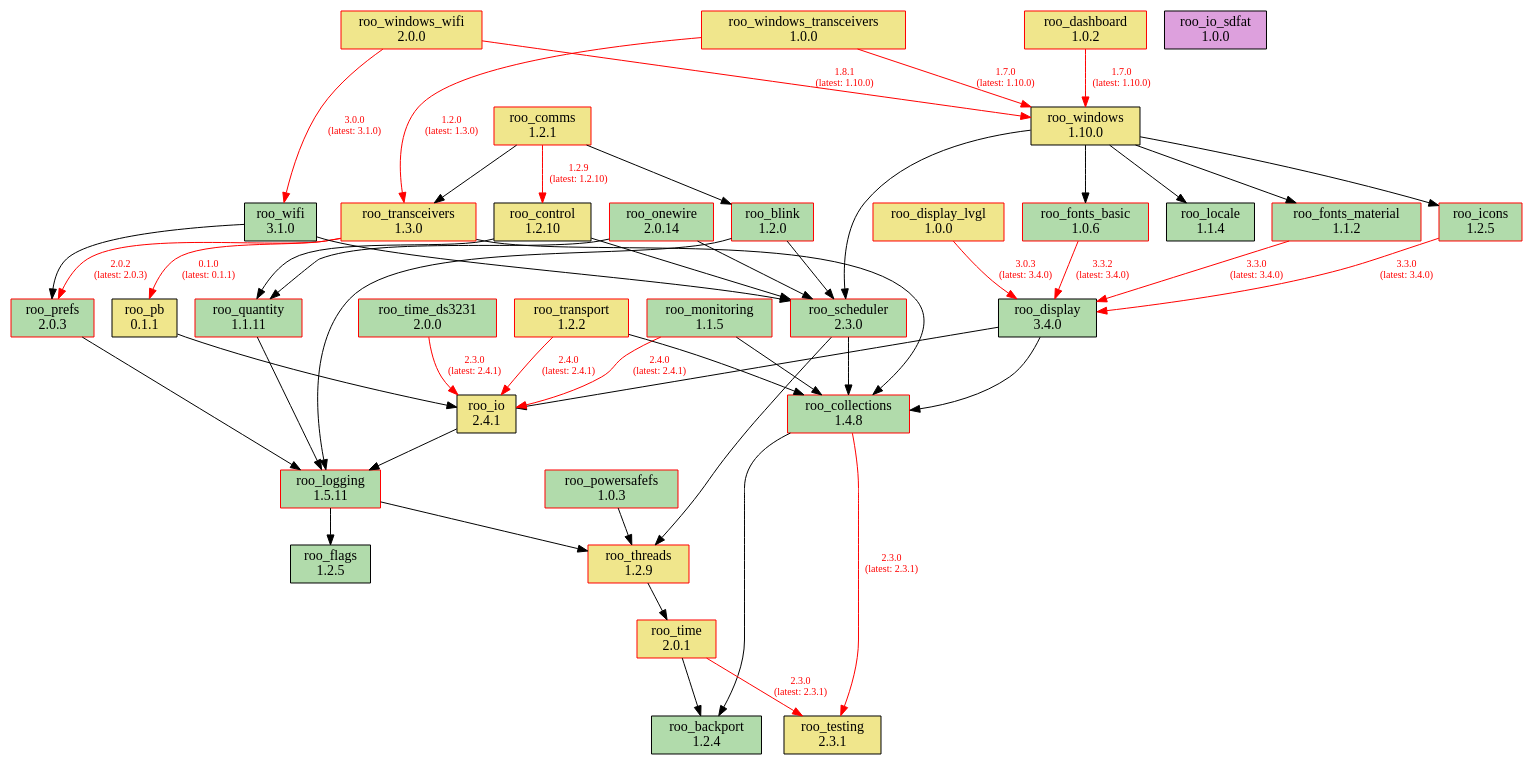
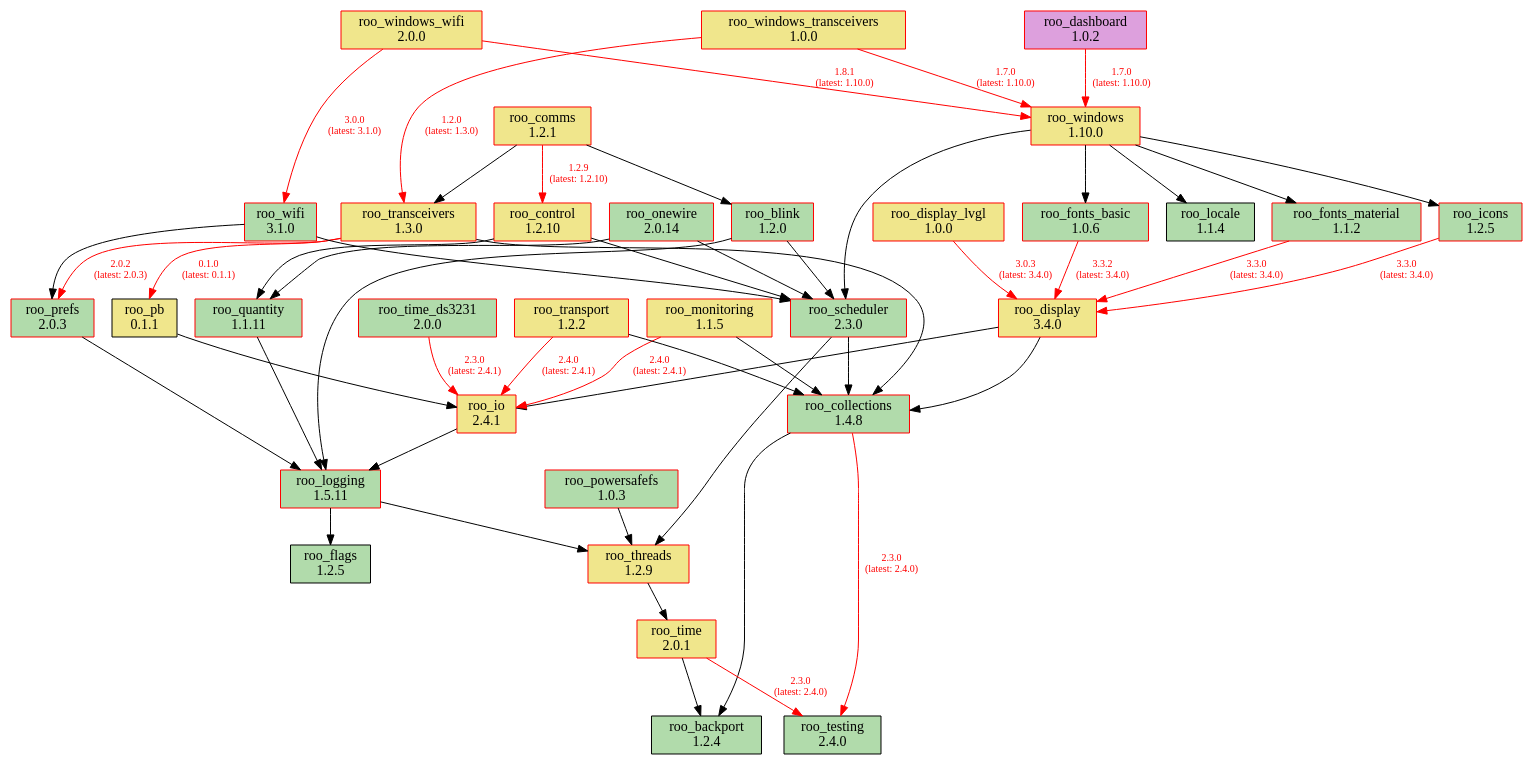
One commit to dejwk/roo-registry changed the diagram in doc/dependencies.dot. Above: the diagram before and after it, drawn with Graphviz. The commit also changed 3 other files, not shown here.

Commit message:
Added roo_testing 2.4.0 to the registry.

```diff
--- a/doc/dependencies.dot
+++ b/doc/dependencies.dot
@@ -1,91 +1,90 @@
 digraph dependencies {
     rankdir=TB;
     node [shape=box, style=filled];
     edge [fontsize=10];
 
     // Modules
     "roo_backport" [label="roo_backport\n1.2.4", fillcolor="#b1dbab", color="black"];
     "roo_blink" [label="roo_blink\n1.2.0", fillcolor="#b1dbab", color="red"];
     "roo_collections" [label="roo_collections\n1.4.8", fillcolor="#b1dbab", color="red"];
     "roo_comms" [label="roo_comms\n1.2.1", fillcolor="khaki", color="red"];
-    "roo_control" [label="roo_control\n1.2.10", fillcolor="khaki", color="black"];
-    "roo_dashboard" [label="roo_dashboard\n1.0.2", fillcolor="khaki", color="red"];
-    "roo_display" [label="roo_display\n3.4.0", fillcolor="#b1dbab", color="black"];
+    "roo_control" [label="roo_control\n1.2.10", fillcolor="khaki", color="red"];
+    "roo_dashboard" [label="roo_dashboard\n1.0.2", fillcolor="plum", color="red"];
+    "roo_display" [label="roo_display\n3.4.0", fillcolor="khaki", color="red"];
     "roo_display_lvgl" [label="roo_display_lvgl\n1.0.0", fillcolor="khaki", color="red"];
     "roo_flags" [label="roo_flags\n1.2.5", fillcolor="#b1dbab", color="black"];
     "roo_fonts_basic" [label="roo_fonts_basic\n1.0.6", fillcolor="#b1dbab", color="red"];
     "roo_fonts_material" [label="roo_fonts_material\n1.1.2", fillcolor="#b1dbab", color="red"];
     "roo_icons" [label="roo_icons\n1.2.5", fillcolor="#b1dbab", color="red"];
-    "roo_io" [label="roo_io\n2.4.1", fillcolor="khaki", color="black"];
-    "roo_io_sdfat" [label="roo_io_sdfat\n1.0.0", fillcolor="plum", color="black"];
+    "roo_io" [label="roo_io\n2.4.1", fillcolor="khaki", color="red"];
     "roo_locale" [label="roo_locale\n1.1.4", fillcolor="#b1dbab", color="black"];
     "roo_logging" [label="roo_logging\n1.5.11", fillcolor="#b1dbab", color="red"];
-    "roo_monitoring" [label="roo_monitoring\n1.1.5", fillcolor="#b1dbab", color="red"];
+    "roo_monitoring" [label="roo_monitoring\n1.1.5", fillcolor="khaki", color="red"];
     "roo_onewire" [label="roo_onewire\n2.0.14", fillcolor="#b1dbab", color="red"];
     "roo_pb" [label="roo_pb\n0.1.1", fillcolor="khaki", color="black"];
     "roo_powersafefs" [label="roo_powersafefs\n1.0.3", fillcolor="#b1dbab", color="red"];
     "roo_prefs" [label="roo_prefs\n2.0.3", fillcolor="#b1dbab", color="red"];
     "roo_quantity" [label="roo_quantity\n1.1.11", fillcolor="#b1dbab", color="red"];
     "roo_scheduler" [label="roo_scheduler\n2.3.0", fillcolor="#b1dbab", color="red"];
-    "roo_testing" [label="roo_testing\n2.3.1", fillcolor="khaki", color="black"];
+    "roo_testing" [label="roo_testing\n2.4.0", fillcolor="#b1dbab", color="black"];
     "roo_threads" [label="roo_threads\n1.2.9", fillcolor="khaki", color="red"];
     "roo_time" [label="roo_time\n2.0.1", fillcolor="khaki", color="red"];
     "roo_time_ds3231" [label="roo_time_ds3231\n2.0.0", fillcolor="#b1dbab", color="red"];
     "roo_transceivers" [label="roo_transceivers\n1.3.0", fillcolor="khaki", color="red"];
     "roo_transport" [label="roo_transport\n1.2.2", fillcolor="khaki", color="red"];
-    "roo_wifi" [label="roo_wifi\n3.1.0", fillcolor="#b1dbab", color="black"];
-    "roo_windows" [label="roo_windows\n1.10.0", fillcolor="khaki", color="black"];
+    "roo_wifi" [label="roo_wifi\n3.1.0", fillcolor="#b1dbab", color="red"];
+    "roo_windows" [label="roo_windows\n1.10.0", fillcolor="khaki", color="red"];
     "roo_windows_transceivers" [label="roo_windows_transceivers\n1.0.0", fillcolor="khaki", color="red"];
     "roo_windows_wifi" [label="roo_windows_wifi\n2.0.0", fillcolor="khaki", color="red"];
 
     // Dependencies
     "roo_blink" -> "roo_logging";
     "roo_blink" -> "roo_scheduler";
-    "roo_collections" -> "roo_testing" [color=red, fontcolor=red, label="2.3.0\n(latest: 2.3.1)"];
+    "roo_collections" -> "roo_testing" [color=red, fontcolor=red, label="2.3.0\n(latest: 2.4.0)"];
     "roo_collections" -> "roo_backport";
     "roo_comms" -> "roo_blink";
     "roo_comms" -> "roo_control" [color=red, fontcolor=red, label="1.2.9\n(latest: 1.2.10)"];
     "roo_comms" -> "roo_transceivers";
     "roo_control" -> "roo_quantity";
     "roo_control" -> "roo_scheduler";
     "roo_dashboard" -> "roo_windows" [color=red, fontcolor=red, label="1.7.0\n(latest: 1.10.0)"];
     "roo_display" -> "roo_collections";
     "roo_display" -> "roo_io";
     "roo_display_lvgl" -> "roo_display" [color=red, fontcolor=red, label="3.0.3\n(latest: 3.4.0)"];
     "roo_fonts_basic" -> "roo_display" [color=red, fontcolor=red, label="3.3.2\n(latest: 3.4.0)"];
     "roo_fonts_material" -> "roo_display" [color=red, fontcolor=red, label="3.3.0\n(latest: 3.4.0)"];
     "roo_icons" -> "roo_display" [color=red, fontcolor=red, label="3.3.0\n(latest: 3.4.0)"];
     "roo_io" -> "roo_logging";
     "roo_logging" -> "roo_flags";
     "roo_logging" -> "roo_threads";
     "roo_monitoring" -> "roo_collections";
     "roo_monitoring" -> "roo_io" [color=red, fontcolor=red, label="2.4.0\n(latest: 2.4.1)"];
     "roo_onewire" -> "roo_scheduler";
     "roo_onewire" -> "roo_quantity";
     "roo_pb" -> "roo_io";
     "roo_powersafefs" -> "roo_threads";
     "roo_prefs" -> "roo_logging";
     "roo_quantity" -> "roo_logging";
     "roo_scheduler" -> "roo_collections";
     "roo_scheduler" -> "roo_threads";
     "roo_threads" -> "roo_time";
-    "roo_time" -> "roo_testing" [color=red, fontcolor=red, label="2.3.0\n(latest: 2.3.1)"];
+    "roo_time" -> "roo_testing" [color=red, fontcolor=red, label="2.3.0\n(latest: 2.4.0)"];
     "roo_time" -> "roo_backport";
     "roo_time_ds3231" -> "roo_io" [color=red, fontcolor=red, label="2.3.0\n(latest: 2.4.1)"];
     "roo_transceivers" -> "roo_pb" [color=red, fontcolor=red, label="0.1.0\n(latest: 0.1.1)"];
     "roo_transceivers" -> "roo_collections";
     "roo_transceivers" -> "roo_prefs" [color=red, fontcolor=red, label="2.0.2\n(latest: 2.0.3)"];
     "roo_transport" -> "roo_collections";
     "roo_transport" -> "roo_io" [color=red, fontcolor=red, label="2.4.0\n(latest: 2.4.1)"];
     "roo_wifi" -> "roo_prefs";
     "roo_wifi" -> "roo_scheduler";
     "roo_windows" -> "roo_fonts_basic";
     "roo_windows" -> "roo_fonts_material";
     "roo_windows" -> "roo_locale";
     "roo_windows" -> "roo_icons";
     "roo_windows" -> "roo_scheduler";
     "roo_windows_transceivers" -> "roo_transceivers" [color=red, fontcolor=red, label="1.2.0\n(latest: 1.3.0)"];
     "roo_windows_transceivers" -> "roo_windows" [color=red, fontcolor=red, label="1.7.0\n(latest: 1.10.0)"];
     "roo_windows_wifi" -> "roo_wifi" [color=red, fontcolor=red, label="3.0.0\n(latest: 3.1.0)"];
     "roo_windows_wifi" -> "roo_windows" [color=red, fontcolor=red, label="1.8.1\n(latest: 1.10.0)"];
 }
```
